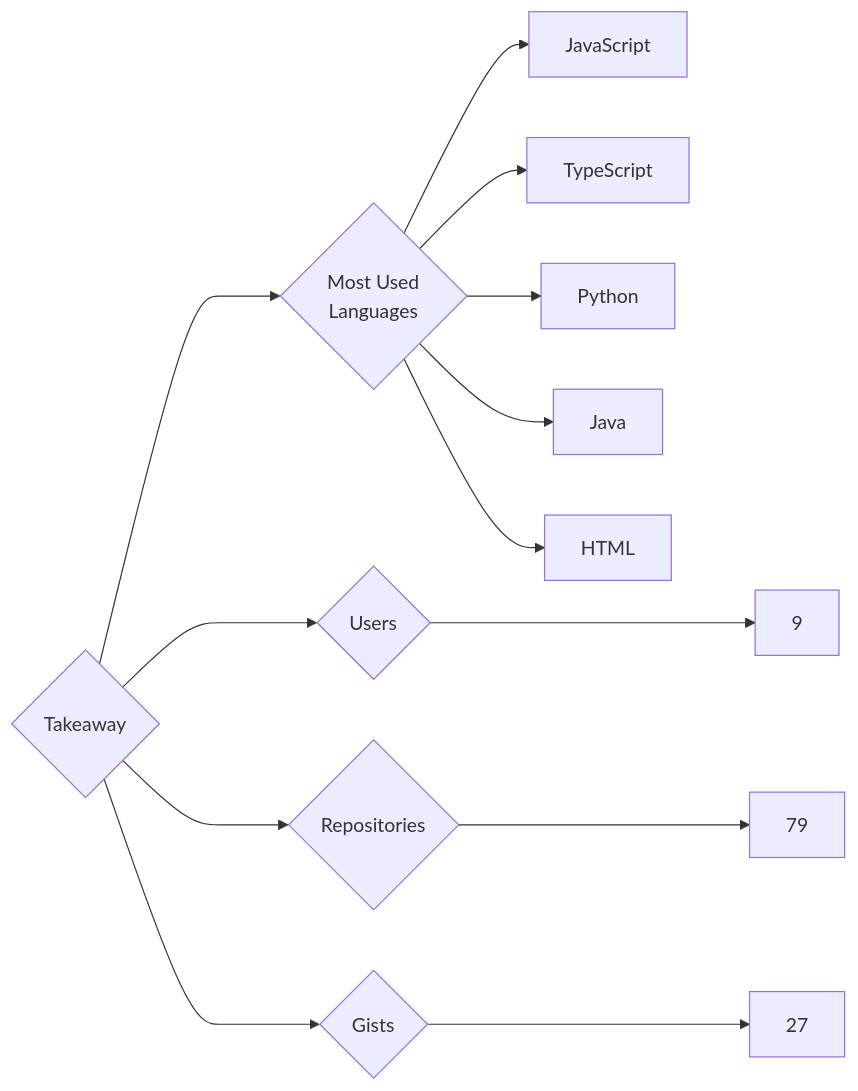
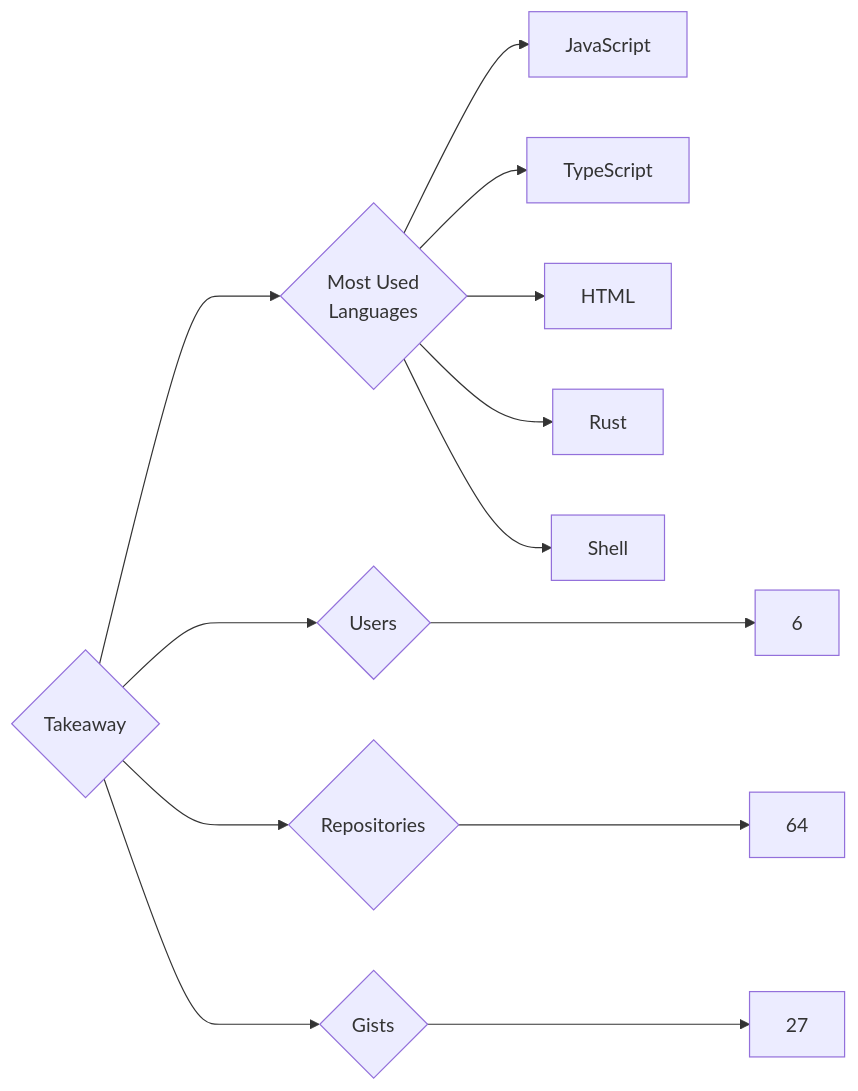
Before and after one commit to trickest/insiders: the diagram in targets/Takeaway/README.md, drawn with Mermaid. The commit also changed 1389 other files, not shown here.

````diff
--- a/targets/Takeaway/README.md
+++ b/targets/Takeaway/README.md
@@ -3,13 +3,13 @@
 ```mermaid
 graph LR
 COMPANY_NAME{Takeaway}
-COMPANY_NAME ---> U{Users} ---> UN[9]
-COMPANY_NAME ---> R{Repositories} ---> RN[79]
+COMPANY_NAME ---> U{Users} ---> UN[6]
+COMPANY_NAME ---> R{Repositories} ---> RN[64]
 COMPANY_NAME ---> G{Gists} ---> GN[27]
 COMPANY_NAME ---> ML{Most Used<br>Languages}
 ML --> JavaScript[JavaScript]
 ML --> TypeScript[TypeScript]
-ML --> Python[Python]
-ML --> Java[Java]
 ML --> HTML[HTML]
+ML --> Rust[Rust]
+ML --> Shell[Shell]
 ```
````
